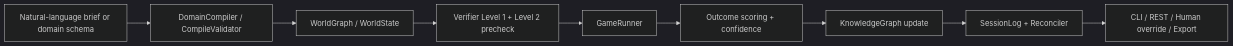
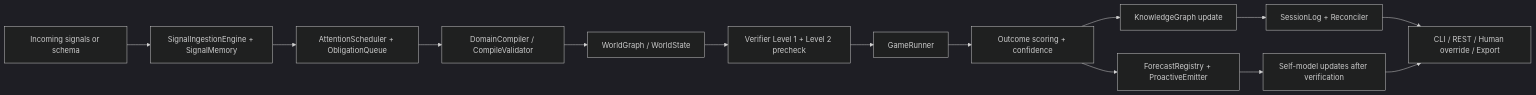
The first of 9 diagrams in docs/ARCHITECTURE.md (Theclimateguy/Freeman), drawn with Mermaid (dark theme) before and after one commit. The commit also changed other lines of this file and 11 other files, not shown here.

````diff
--- a/docs/ARCHITECTURE.md
+++ b/docs/ARCHITECTURE.md
@@ -17,11 +17,16 @@
 ```mermaid
 flowchart LR
-    A["Natural-language brief or domain schema"] --> B["DomainCompiler / CompileValidator"]
-    B --> C["WorldGraph / WorldState"]
-    C --> D["Verifier Level 1 + Level 2 precheck"]
-    D --> E["GameRunner"]
-    E --> F["Outcome scoring + confidence"]
-    F --> G["KnowledgeGraph update"]
-    G --> H["SessionLog + Reconciler"]
-    H --> I["CLI / REST / Human override / Export"]
+    A["Incoming signals or schema"] --> B["SignalIngestionEngine + SignalMemory"]
+    B --> C["AttentionScheduler + ObligationQueue"]
+    C --> D["DomainCompiler / CompileValidator"]
+    D --> E["WorldGraph / WorldState"]
+    E --> F["Verifier Level 1 + Level 2 precheck"]
+    F --> G["GameRunner"]
+    G --> H["Outcome scoring + confidence"]
+    H --> I["ForecastRegistry + ProactiveEmitter"]
+    H --> J["KnowledgeGraph update"]
+    J --> K["SessionLog + Reconciler"]
+    I --> L["Self-model updates after verification"]
+    K --> M["CLI / REST / Human override / Export"]
+    L --> M
 ```
````
